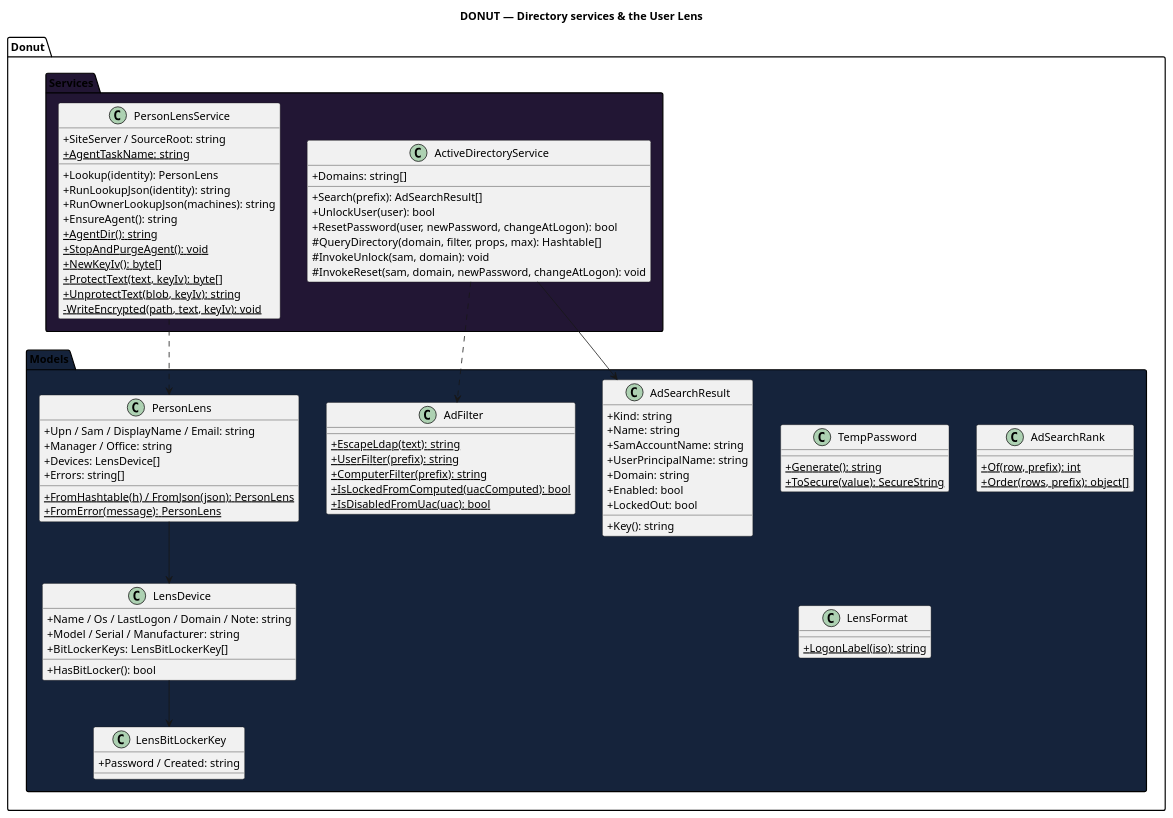
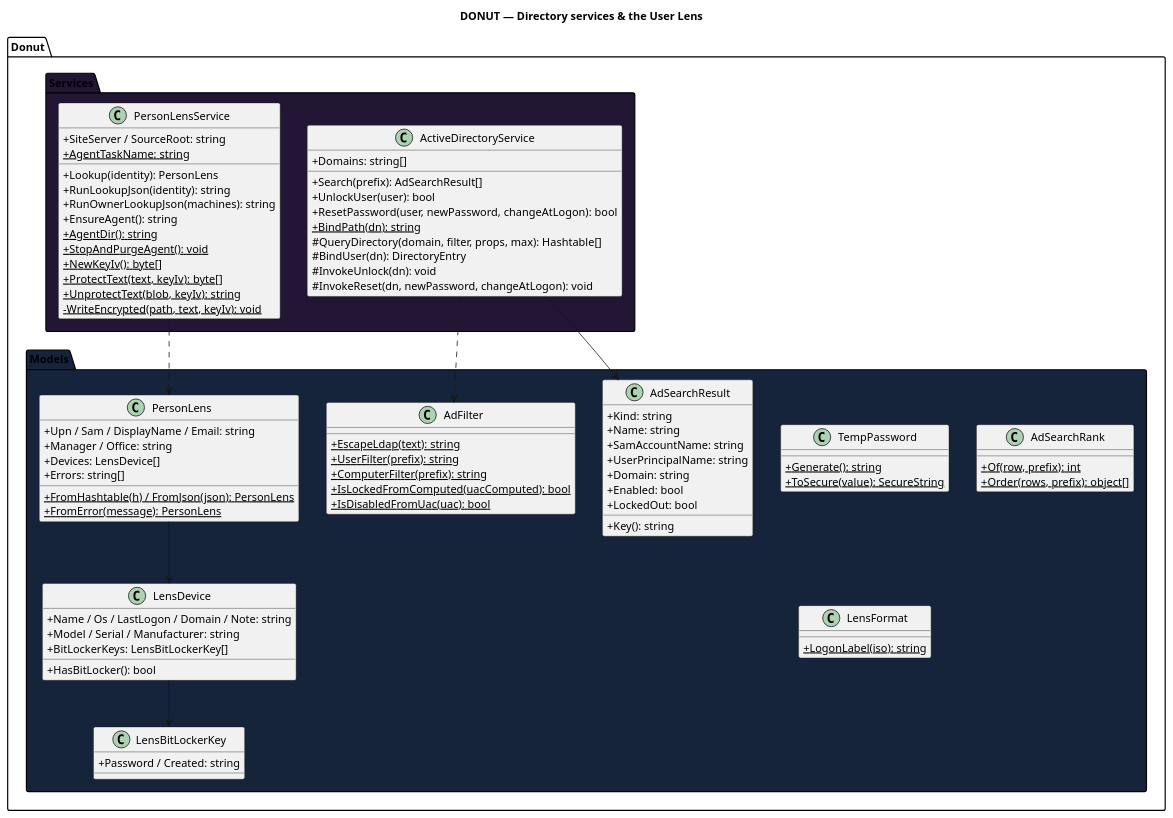
The diagram in docs/diagrams/class_lens.puml (Danial-Changez/DONUT), drawn with PlantUML before and after one commit. The commit also changed 2 other files, not shown here.

Commit message:
docs: the diagrams catch up with the LDAP unlock and reset
The class diagram still showed the seams taking a SAM and a domain, and the
finder sequence still named Set-ADAccountPassword and Set-ADUser, which are the
two cmdlets that no longer run. Both now describe the DN bind that replaced
them, and ResetPasswordViewModel carries the TargetDn that reaches the worker.

NetworkProbe needed nothing: its diagram lists the resolution surface, and the
discovery seam that went was never drawn.

```diff
--- a/docs/diagrams/class_lens.puml
+++ b/docs/diagrams/class_lens.puml
@@ -1,93 +1,95 @@
 @startuml class_lens
 title DONUT — Directory services & the User Lens
 skinparam classAttributeIconSize 0
 
 ' Subsystem cut of the retired all-in-one class diagram: AD search/account
 ' actions and the de-elevated User Lens (DONUT's user-to-device lookup).
 ' Cross-subsystem wiring lives in component_diagram.
 package "Donut.Services" #221634 {
     class ActiveDirectoryService {
         +Domains: string[]
         +Search(prefix): AdSearchResult[]
         +UnlockUser(user): bool
         +ResetPassword(user, newPassword, changeAtLogon): bool
+        +{static} BindPath(dn): string
         #QueryDirectory(domain, filter, props, max): Hashtable[]
-        #InvokeUnlock(sam, domain): void
-        #InvokeReset(sam, domain, newPassword, changeAtLogon): void
+        #BindUser(dn): DirectoryEntry
+        #InvokeUnlock(dn): void
+        #InvokeReset(dn, newPassword, changeAtLogon): void
     }
 
     class PersonLensService {
         +SiteServer / SourceRoot: string
         +{static} AgentTaskName: string
         +Lookup(identity): PersonLens
         +RunLookupJson(identity): string
         +RunOwnerLookupJson(machines): string
         +EnsureAgent(): string
         +{static} AgentDir(): string
         +{static} StopAndPurgeAgent(): void
         +{static} NewKeyIv(): byte[]
         +{static} ProtectText(text, keyIv): byte[]
         +{static} UnprotectText(blob, keyIv): string
         -{static} WriteEncrypted(path, text, keyIv): void
     }
 }
 
 package "Donut.Models" #15233B {
     class AdSearchResult {
         +Kind: string
         +Name: string
         +SamAccountName: string
         +UserPrincipalName: string
         +Domain: string
         +Enabled: bool
         +LockedOut: bool
         +Key(): string
     }
 
     class AdFilter {
         +{static} EscapeLdap(text): string
         +{static} UserFilter(prefix): string
         +{static} ComputerFilter(prefix): string
         +{static} IsLockedFromComputed(uacComputed): bool
         +{static} IsDisabledFromUac(uac): bool
     }
 
     class TempPassword {
         +{static} Generate(): string
         +{static} ToSecure(value): SecureString
     }
 
     class AdSearchRank {
         +{static} Of(row, prefix): int
         +{static} Order(rows, prefix): object[]
     }
 
     class PersonLens {
         +Upn / Sam / DisplayName / Email: string
         +Manager / Office: string
         +Devices: LensDevice[]
         +Errors: string[]
         +{static} FromHashtable(h) / FromJson(json): PersonLens
         +{static} FromError(message): PersonLens
     }
     class LensDevice {
         +Name / Os / LastLogon / Domain / Note: string
         +Model / Serial / Manufacturer: string
         +BitLockerKeys: LensBitLockerKey[]
         +HasBitLocker(): bool
     }
     class LensBitLockerKey {
         +Password / Created: string
     }
     class LensFormat {
         +{static} LogonLabel(iso): string
     }
 }
 
 ActiveDirectoryService --> AdSearchResult
 ActiveDirectoryService ..> AdFilter
 PersonLensService ..> PersonLens
 PersonLens --> LensDevice
 LensDevice --> LensBitLockerKey
 
 @enduml
```
